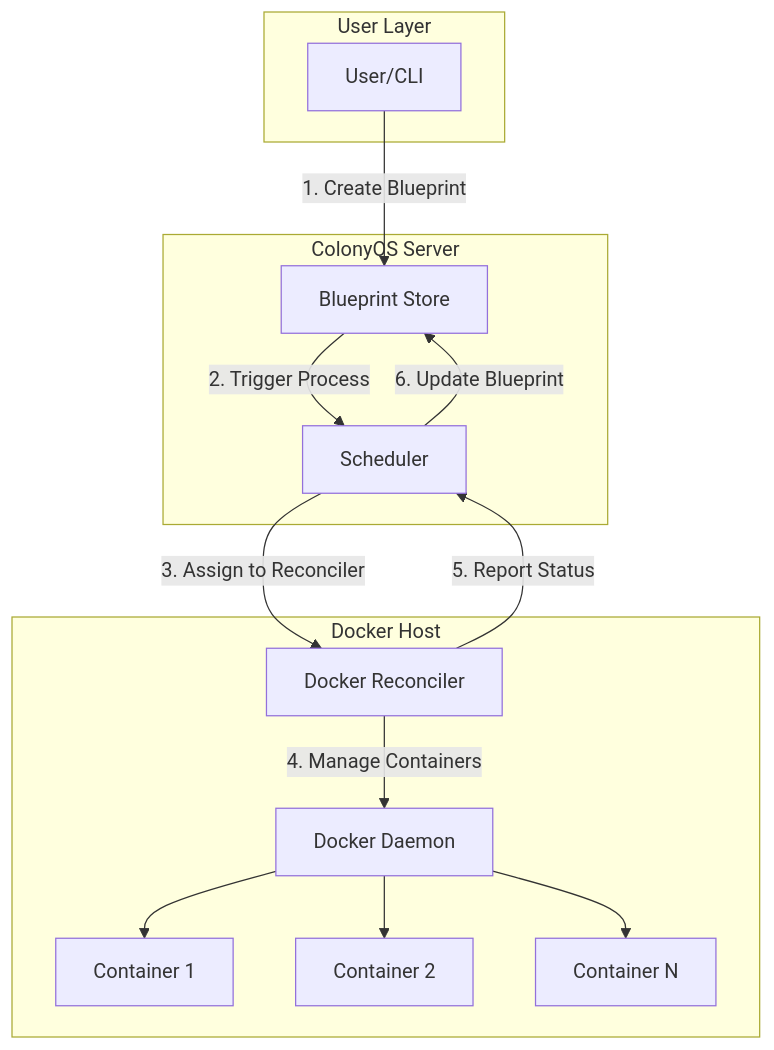
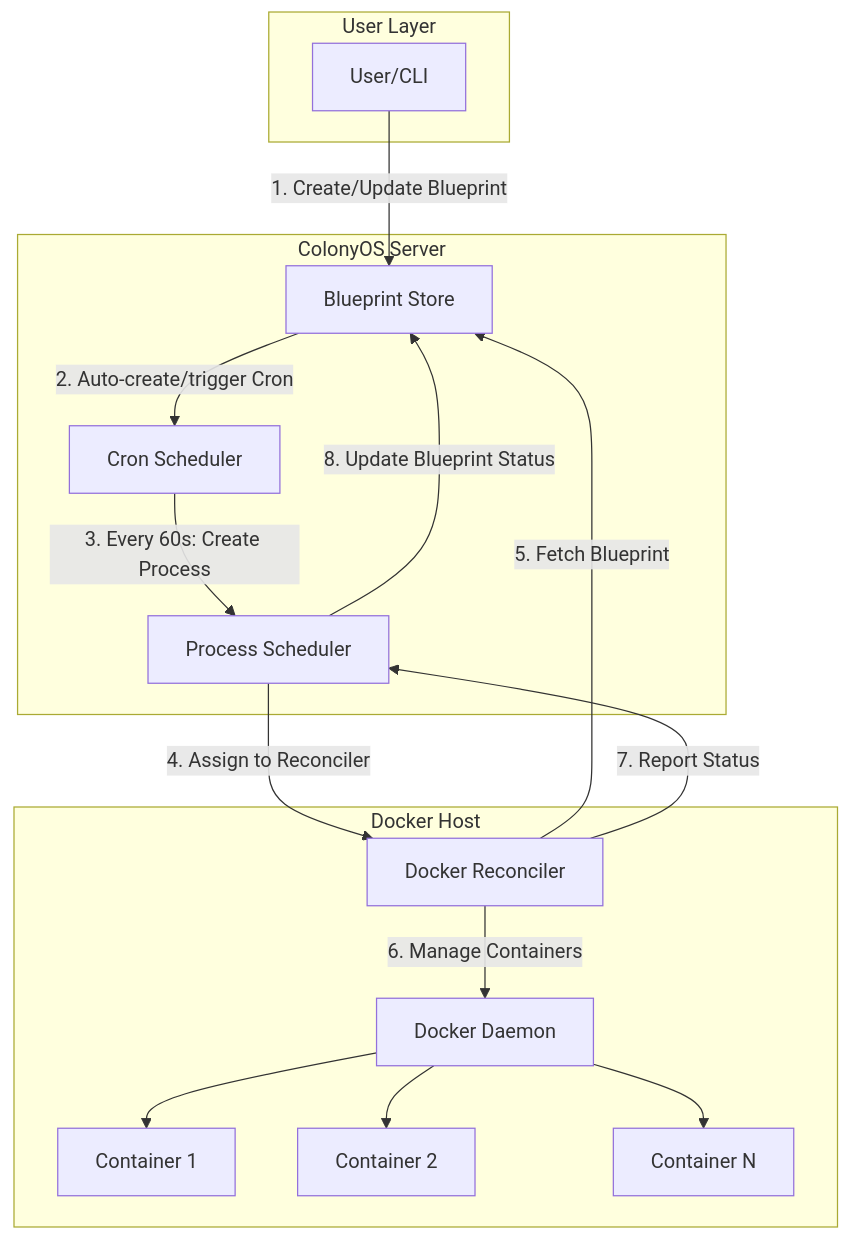
Before and after one commit to JosefVilestadGit/executors: the first of 2 diagrams in docker-reconciler/README.md, drawn with Mermaid. The commit also changed other lines of this file and 10 other files, not shown here.

````diff
--- a/docker-reconciler/README.md
+++ b/docker-reconciler/README.md
@@ -98,29 +104,32 @@
 ```mermaid
 flowchart TB
     subgraph User Layer
         U[User/CLI]
     end
 
     subgraph ColonyOS Server
         B[Blueprint Store]
-        S[Scheduler]
+        CR[Cron Scheduler]
+        S[Process Scheduler]
     end
 
     subgraph Docker Host
         R[Docker Reconciler]
         D[Docker Daemon]
         C1[Container 1]
         C2[Container 2]
         C3[Container N]
     end
 
-    U -->|1. Create Blueprint| B
-    B -->|2. Trigger Process| S
-    S -->|3. Assign to Reconciler| R
-    R -->|4. Manage Containers| D
+    U -->|1. Create/Update Blueprint| B
+    B -->|2. Auto-create/trigger Cron| CR
+    CR -->|3. Every 60s: Create Process| S
+    S -->|4. Assign to Reconciler| R
+    R -->|5. Fetch Blueprint| B
+    R -->|6. Manage Containers| D
     D --> C1
     D --> C2
     D --> C3
-    R -->|5. Report Status| S
-    S -->|6. Update Blueprint| B
+    R -->|7. Report Status| S
+    S -->|8. Update Blueprint Status| B
 ```
````
